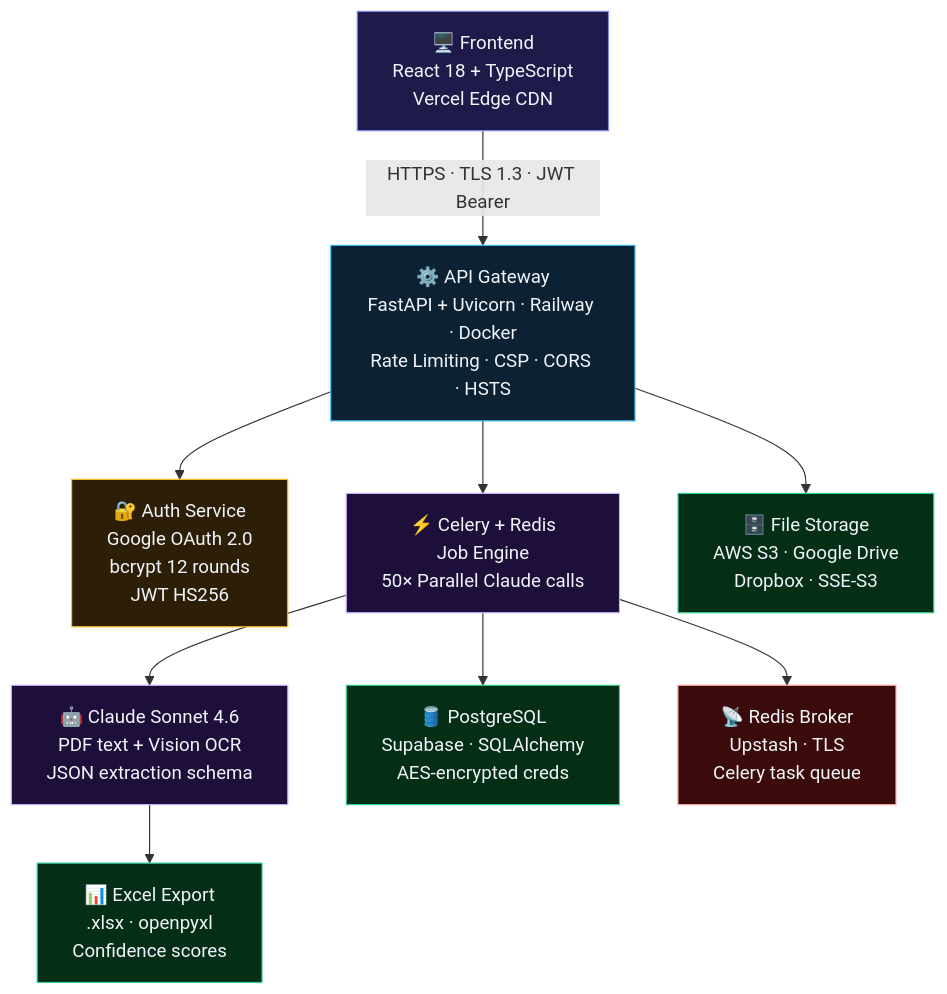
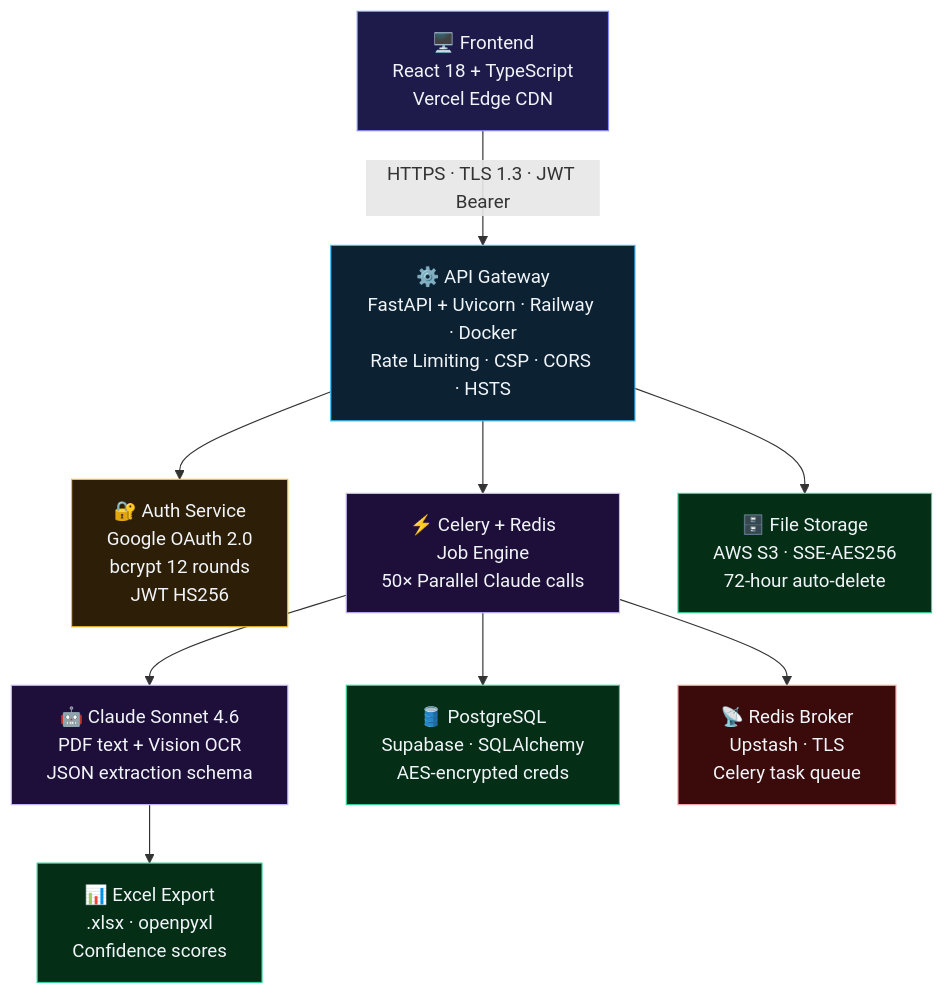
The diagram in README.md (Nikhil4388/docuextract), drawn with Mermaid before and after one commit. The commit also changed other lines of this file, not shown here.

First line of the commit message:
docs: comprehensive README — full architecture + security model

````diff
--- a/README.md
+++ b/README.md
@@ -44,26 +42,26 @@
 ```mermaid
 flowchart TD
     A["🖥️ Frontend\nReact 18 + TypeScript\nVercel Edge CDN"] -->|"HTTPS · TLS 1.3 · JWT Bearer"| B
 
     B["⚙️ API Gateway\nFastAPI + Uvicorn · Railway · Docker\nRate Limiting · CSP · CORS · HSTS"]
 
     B --> C["🔐 Auth Service\nGoogle OAuth 2.0\nbcrypt 12 rounds\nJWT HS256"]
     B --> D["⚡ Celery + Redis\nJob Engine\n50× Parallel Claude calls"]
-    B --> E["🗄️ File Storage\nAWS S3 · Google Drive\nDropbox · SSE-S3"]
+    B --> E["🗄️ File Storage\nAWS S3 · SSE-AES256\n72-hour auto-delete"]
 
     D --> F["🤖 Claude Sonnet 4.6\nPDF text + Vision OCR\nJSON extraction schema"]
     D --> G["🛢️ PostgreSQL\nSupabase · SQLAlchemy\nAES-encrypted creds"]
     D --> H["📡 Redis Broker\nUpstash · TLS\nCelery task queue"]
 
     F --> I["📊 Excel Export\n.xlsx · openpyxl\nConfidence scores"]
 
     style A fill:#1e1b4b,stroke:#818cf8,color:#f1f5f9
     style B fill:#0c2233,stroke:#38bdf8,color:#f1f5f9
     style C fill:#2d1f07,stroke:#fbbf24,color:#f1f5f9
     style D fill:#1e0f3a,stroke:#c4b5fd,color:#f1f5f9
     style E fill:#052e16,stroke:#34d399,color:#f1f5f9
     style F fill:#1e0f3a,stroke:#c4b5fd,color:#f1f5f9
     style G fill:#052e16,stroke:#34d399,color:#f1f5f9
     style H fill:#3b0a0a,stroke:#fca5a5,color:#f1f5f9
     style I fill:#052e16,stroke:#34d399,color:#f1f5f9
 ```
````
